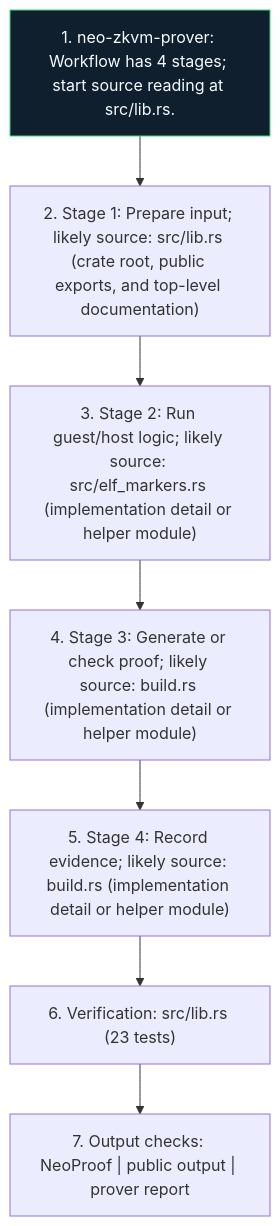
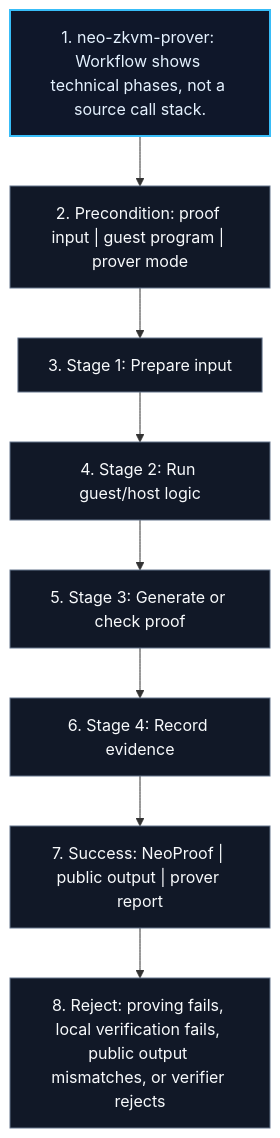
Before and after one commit to r3e-network/neo-zkvm: the diagram in crates/neo-zkvm-prover/docs/figures/workflow.mmd, drawn with Mermaid. The commit also changed 447 other files, not shown here.

Commit message:
Replace crate diagrams with technical views

```diff
--- a/crates/neo-zkvm-prover/docs/figures/workflow.mmd
+++ b/crates/neo-zkvm-prover/docs/figures/workflow.mmd
@@ -1,16 +1,20 @@
 flowchart TB
-    N1["1. neo-zkvm-prover: Workflow has 4 stages; start source reading at src/lib.rs."]
-    N2["2. Stage 1: Prepare input; likely source: src/lib.rs (crate root, public exports, and top-level documentation)"]
-    N3["3. Stage 2: Run guest/host logic; likely source: src/elf_markers.rs (implementation detail or helper module)"]
-    N4["4. Stage 3: Generate or check proof; likely source: build.rs (implementation detail or helper module)"]
-    N5["5. Stage 4: Record evidence; likely source: build.rs (implementation detail or helper module)"]
-    N6["6. Verification: src/lib.rs (23 tests)"]
-    N7["7. Output checks: NeoProof | public output | prover report"]
+    N1["1. neo-zkvm-prover: Workflow shows technical phases, not a source call stack."]
+    N2["2. Precondition: proof input | guest program | prover mode"]
+    N3["3. Stage 1: Prepare input"]
+    N4["4. Stage 2: Run guest/host logic"]
+    N5["5. Stage 3: Generate or check proof"]
+    N6["6. Stage 4: Record evidence"]
+    N7["7. Success: NeoProof | public output | prover report"]
+    N8["8. Reject: proving fails, local verification fails, public output mismatches, or verifier rejects"]
     N1 --> N2
     N2 --> N3
     N3 --> N4
     N4 --> N5
     N5 --> N6
     N6 --> N7
-    classDef crate fill:#101f2d,stroke:#38d978,color:#f6fbff
-    class N1 crate
+    N7 --> N8
+    classDef core fill:#0f172a,stroke:#38bdf8,color:#e5f2ff,stroke-width:2px;
+    classDef support fill:#111827,stroke:#64748b,color:#f8fafc;
+    class N1 core;
+    class N2,N3,N4,N5,N6,N7,N8 support;
```
